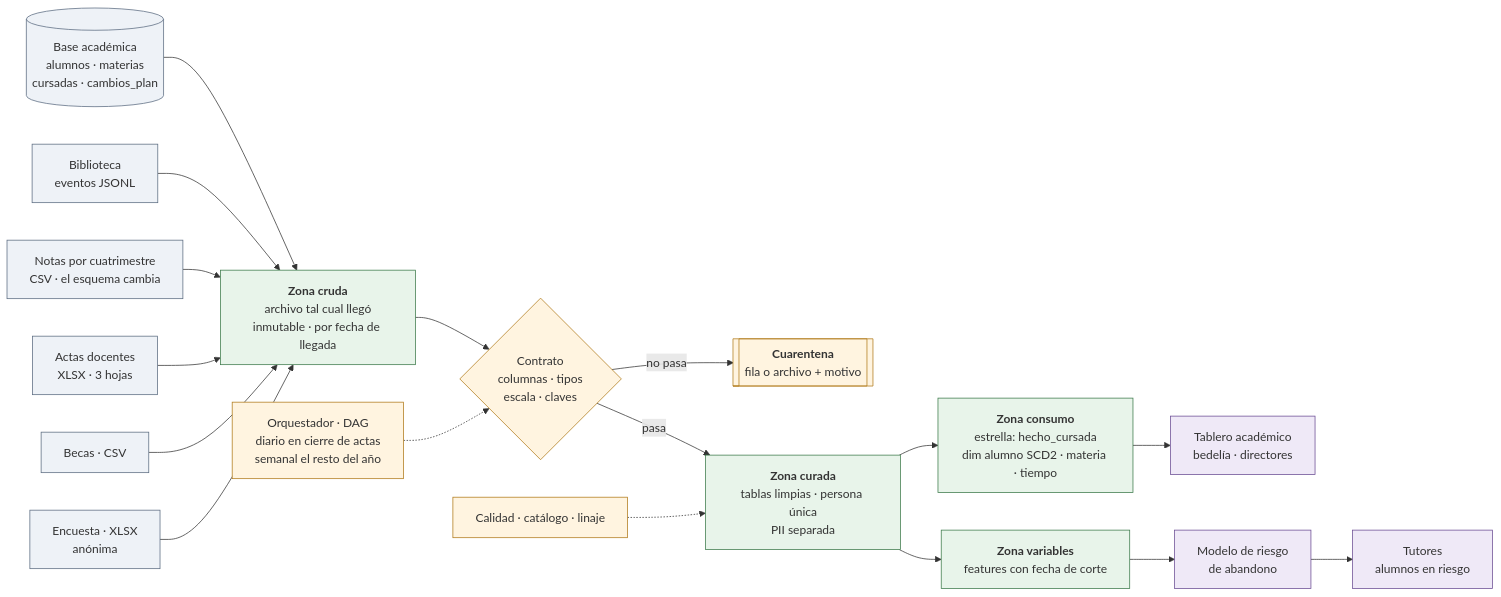
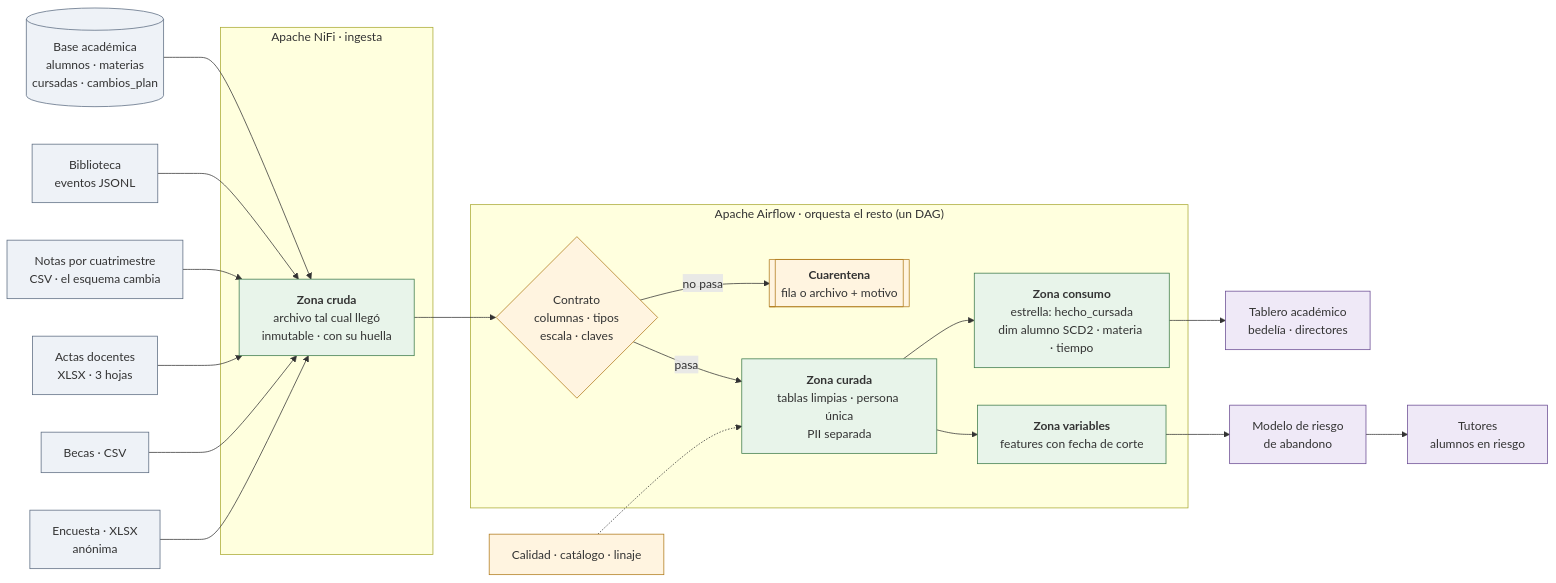
The diagram in Data Engineer/06_uniandina/img/arquitectura.mmd (raschmatias/dh_arca), drawn with Mermaid before and after one commit. The commit also changed 6 other files, not shown here.

First line of the commit message:
UniAndina: NiFi a la zona cruda y Airflow orquesta curada, variables y consumo

```diff
--- a/Data Engineer/06_uniandina/img/arquitectura.mmd
+++ b/Data Engineer/06_uniandina/img/arquitectura.mmd
@@ -1,47 +1,50 @@
 flowchart LR
   A1[("Base académica<br/>alumnos · materias<br/>cursadas · cambios_plan")]
   A2["Biblioteca<br/>eventos JSONL"]
   E1["Notas por cuatrimestre<br/>CSV · el esquema cambia"]
   E2["Actas docentes<br/>XLSX · 3 hojas"]
   E3["Becas · CSV"]
   E4["Encuesta · XLSX<br/>anónima"]
 
-  Z1["<b>Zona cruda</b><br/>archivo tal cual llegó<br/>inmutable · por fecha de llegada"]
-  V{"Contrato<br/>columnas · tipos<br/>escala · claves"}
-  Q[["<b>Cuarentena</b><br/>fila o archivo + motivo"]]
-  Z2["<b>Zona curada</b><br/>tablas limpias · persona única<br/>PII separada"]
-  Z3["<b>Zona variables</b><br/>features con fecha de corte"]
-  Z4["<b>Zona consumo</b><br/>estrella: hecho_cursada<br/>dim alumno SCD2 · materia · tiempo"]
+  subgraph NIFI["Apache NiFi · ingesta"]
+    Z1["<b>Zona cruda</b><br/>archivo tal cual llegó<br/>inmutable · con su huella"]
+  end
+
+  subgraph AIR["Apache Airflow · orquesta el resto (un DAG)"]
+    V{"Contrato<br/>columnas · tipos<br/>escala · claves"}
+    Q[["<b>Cuarentena</b><br/>fila o archivo + motivo"]]
+    Z2["<b>Zona curada</b><br/>tablas limpias · persona única<br/>PII separada"]
+    Z3["<b>Zona variables</b><br/>features con fecha de corte"]
+    Z4["<b>Zona consumo</b><br/>estrella: hecho_cursada<br/>dim alumno SCD2 · materia · tiempo"]
+  end
 
   C1["Tablero académico<br/>bedelía · directores"]
   C2["Modelo de riesgo<br/>de abandono"]
   C3["Tutores<br/>alumnos en riesgo"]
 
-  O["Orquestador · DAG<br/>diario en cierre de actas<br/>semanal el resto del año"]
   G["Calidad · catálogo · linaje"]
 
   A1 --> Z1
   A2 --> Z1
   E1 --> Z1
   E2 --> Z1
   E3 --> Z1
   E4 --> Z1
   Z1 --> V
   V -- pasa --> Z2
   V -- no pasa --> Q
   Z2 --> Z4
   Z2 --> Z3
   Z4 --> C1
   Z3 --> C2
   C2 --> C3
-  O -.-> V
   G -.-> Z2
 
   classDef fuente fill:#eef2f7,stroke:#5b6b80
   classDef zona fill:#e8f4ea,stroke:#3c7a4a
   classDef control fill:#fff4e0,stroke:#b07a1a
   classDef consumo fill:#efe9f7,stroke:#6a4c93
   class A1,A2,E1,E2,E3,E4 fuente
   class Z1,Z2,Z3,Z4 zona
-  class V,Q,O,G control
+  class V,Q,G control
   class C1,C2,C3 consumo
```
